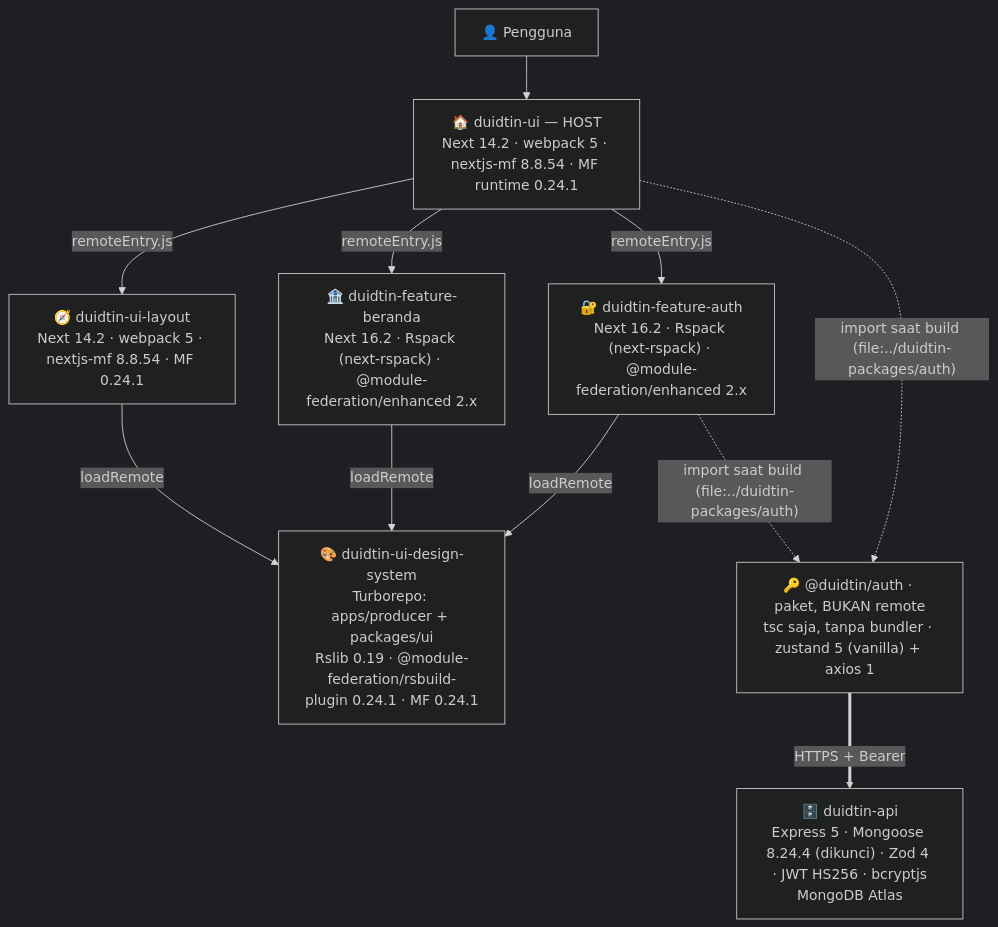
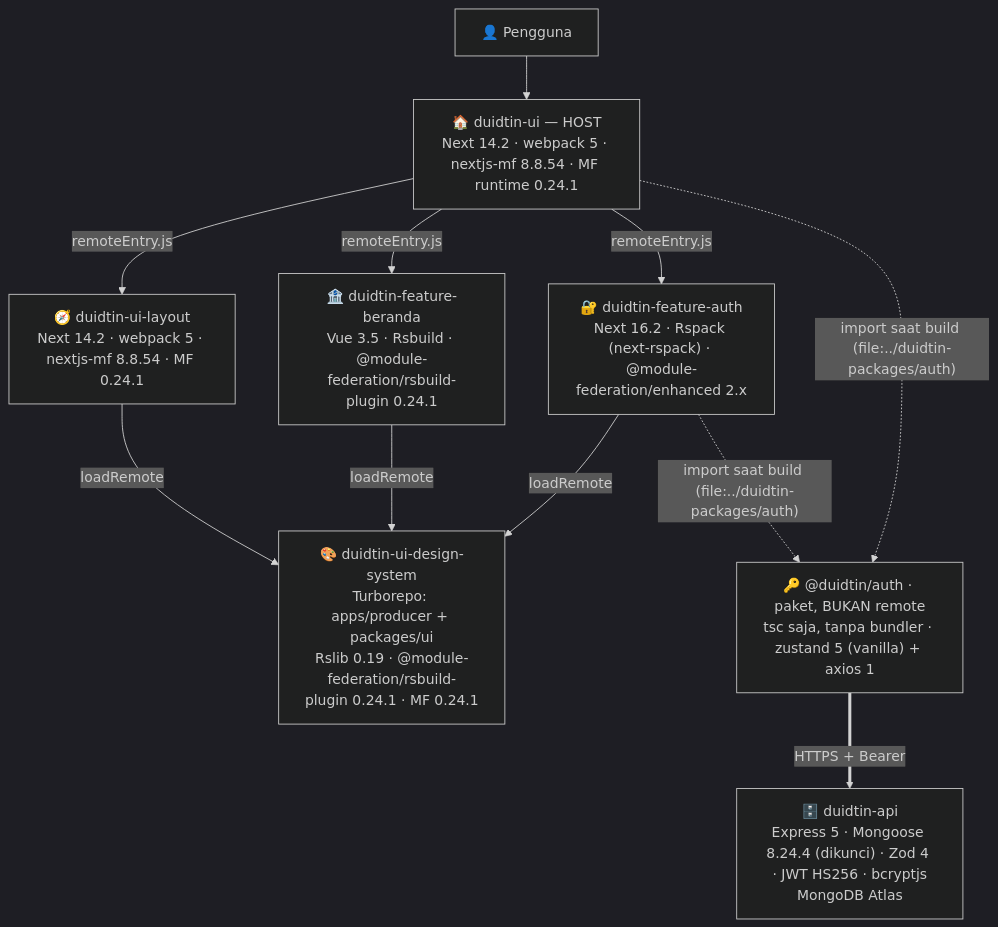
Before and after one commit to AnggaWikaNugraha/super-apps-microfrontend-duidtin: the diagram in README.id.md, drawn with Mermaid (dark theme). The commit also changed other lines of this file and 19 other files, not shown here.

````diff
--- a/README.id.md
+++ b/README.id.md
@@ -283,19 +283,19 @@
 ```mermaid
 graph TD
   U["👤 Pengguna"] --> H
 
   H["🏠 duidtin-ui — HOST<br/>Next 14.2 · webpack 5 · nextjs-mf 8.8.54 · MF runtime 0.24.1"]
 
   H -- "remoteEntry.js" --> L["🧭 duidtin-ui-layout<br/>Next 14.2 · webpack 5 · nextjs-mf 8.8.54 · MF 0.24.1"]
-  H -- "remoteEntry.js" --> B["🏦 duidtin-feature-beranda<br/>Next 16.2 · Rspack (next-rspack) · @module-federation/enhanced 2.x"]
+  H -- "remoteEntry.js" --> B["🏦 duidtin-feature-beranda<br/>Vue 3.5 · Rsbuild · @module-federation/rsbuild-plugin 0.24.1"]
   H -- "remoteEntry.js" --> A["🔐 duidtin-feature-auth<br/>Next 16.2 · Rspack (next-rspack) · @module-federation/enhanced 2.x"]
 
   L -- "loadRemote" --> DS["🎨 duidtin-ui-design-system<br/>Turborepo: apps/producer + packages/ui<br/>Rslib 0.19 · @module-federation/rsbuild-plugin 0.24.1 · MF 0.24.1"]
   B -- "loadRemote" --> DS
   A -- "loadRemote" --> DS
 
   H -. "import saat build (file:../duidtin-packages/auth)" .-> P["🔑 @duidtin/auth · paket, BUKAN remote<br/>tsc saja, tanpa bundler · zustand 5 (vanilla) + axios 1"]
   A -. "import saat build (file:../duidtin-packages/auth)" .-> P
 
   P == "HTTPS + Bearer" ==> API["🗄️ duidtin-api<br/>Express 5 · Mongoose 8.24.4 (dikunci) · Zod 4 · JWT HS256 · bcryptjs<br/>MongoDB Atlas"]
 ```
````
